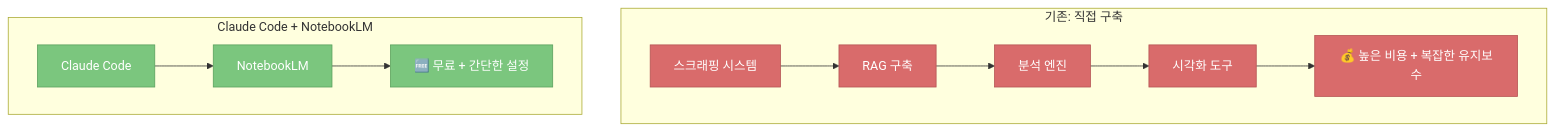
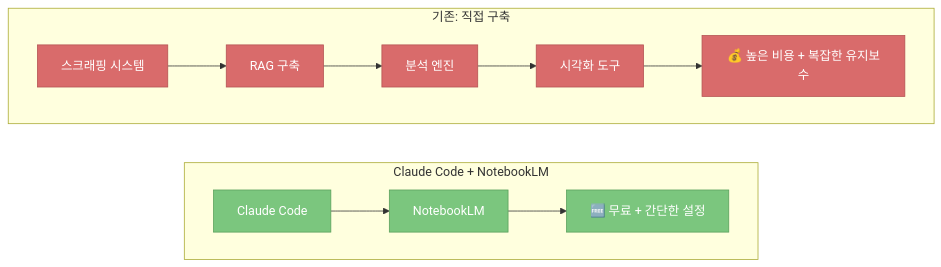
One commit to gyuha/blog changed the third of 10 diagrams in content/post/2026/2026-03-06-claude-code-notebooklm-research-workflow.md. Above: the diagram before and after it, drawn with Mermaid.

Commit message:
update blog source

````diff
--- a/content/post/2026/2026-03-06-claude-code-notebooklm-research-workflow.md
+++ b/content/post/2026/2026-03-06-claude-code-notebooklm-research-workflow.md
@@ -100,18 +100,21 @@
 ```mermaid
-flowchart TD
+flowchart LR
+    subgraph 새로운방식["Claude Code + NotebookLM"]
+        direction LR
+        A2["Claude Code"] --> B2["NotebookLM"]
+        B2 --> C2["🆓 무료 + 간단한 설정"]
+    end
+
     subgraph 기존방식["기존: 직접 구축"]
+        direction LR
         A1["스크래핑 시스템"] --> B1["RAG 구축"]
         B1 --> C1["분석 엔진"]
         C1 --> D1["시각화 도구"]
         D1 --> E1["💰 높은 비용 + 복잡한 유지보수"]
-    end
-    subgraph 새로운방식["Claude Code + NotebookLM"]
-        A2["Claude Code"] --> B2["NotebookLM"]
-        B2 --> C2["🆓 무료 + 간단한 설정"]
     end
 
     classDef old fill:#D96B6B,stroke:#B45252,color:#fff
     classDef new fill:#7BC67E,stroke:#5AA05C,color:#fff
     class A1,B1,C1,D1,E1 old
     class A2,B2,C2 new
 ```
````
